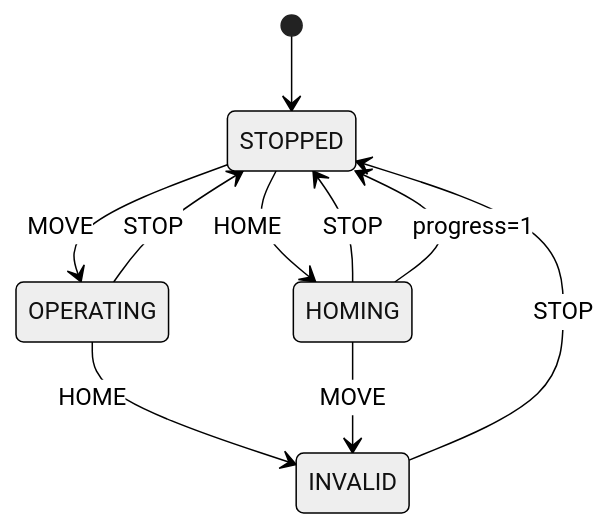
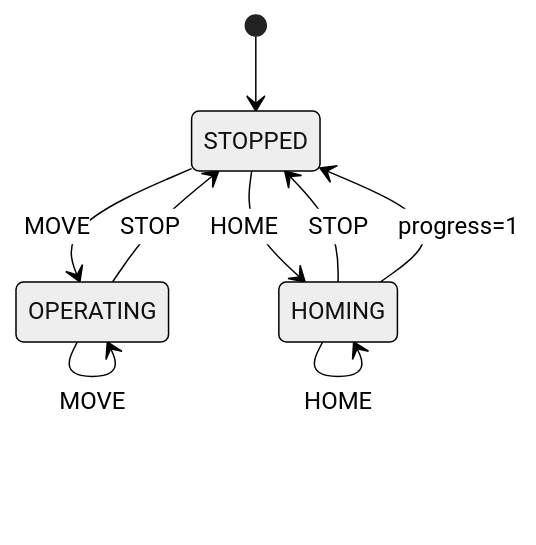
One commit to SeonilChoi/robot_manager changed the first of 2 diagrams in src/robot_manager/scheduler/README.md. Above: the diagram before and after it, drawn with Mermaid (neutral theme). The commit also changed other lines of this file and 3 other files, not shown here.

````diff
--- a/src/robot_manager/scheduler/README.md
+++ b/src/robot_manager/scheduler/README.md
@@ -9,12 +9,11 @@
 ```mermaid
 stateDiagram-v2
   [*] --> STOPPED
   STOPPED --> OPERATING: MOVE
   STOPPED --> HOMING: HOME
   OPERATING --> STOPPED: STOP
-  OPERATING --> INVALID: HOME
+  OPERATING --> OPERATING: MOVE
   HOMING --> STOPPED: STOP
   HOMING --> STOPPED: progress=1
-  HOMING --> INVALID: MOVE
-  INVALID --> STOPPED: STOP
+  HOMING --> HOMING: HOME
 ```
````
